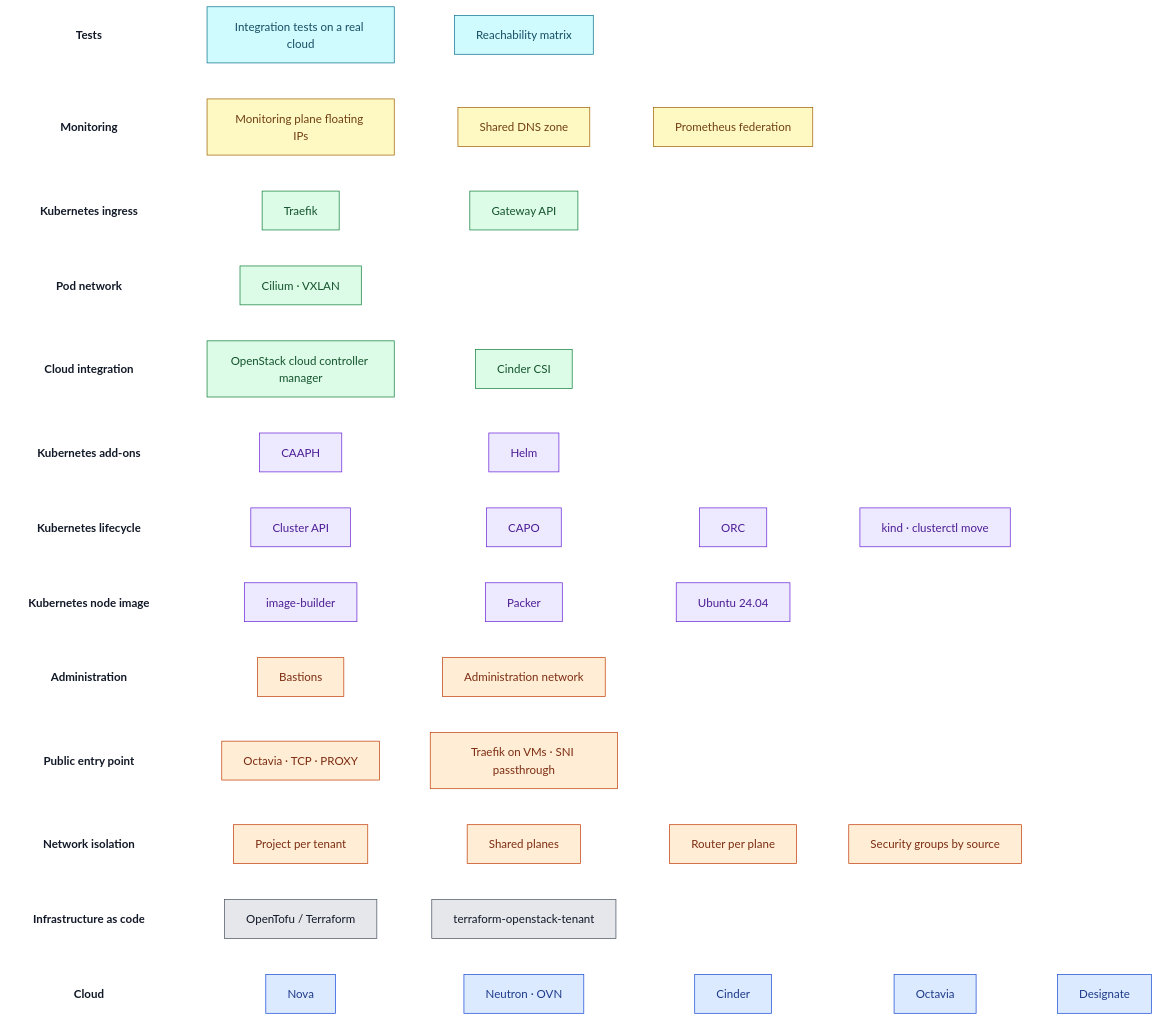
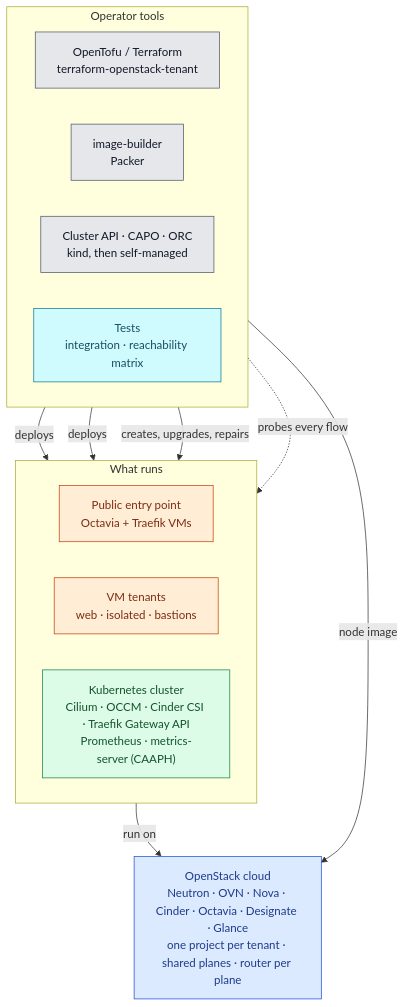
The diagram in docs/landscape.md (CyprisTech/openstack-multitenant-reference), drawn with Mermaid before and after one commit. The commit also changed other lines of this file, not shown here.

Commit message:
Docs: landscape diagram shows who builds what
The per-layer grid repeated the table; the diagram now shows the tools,
what they build and run, and the cloud underneath. The table keeps the
technology of each layer.

````diff
--- a/docs/landscape.md
+++ b/docs/landscape.md
@@ -3,32 +3,34 @@
 ```mermaid
-flowchart LR
-  tT["Tests"] ~~~ t1["Integration tests on a real cloud"] ~~~ t2["Reachability matrix"]
-  tO["Monitoring"] ~~~ o1["Monitoring plane floating IPs"] ~~~ o2["Shared DNS zone"] ~~~ o3["Prometheus federation"]
-  tI["Kubernetes ingress"] ~~~ i1["Traefik"] ~~~ i2["Gateway API"]
-  tN["Pod network"] ~~~ n1["Cilium · VXLAN"]
-  tC["Cloud integration"] ~~~ c1["OpenStack cloud controller manager"] ~~~ c2["Cinder CSI"]
-  tA["Kubernetes add-ons"] ~~~ a1["CAAPH"] ~~~ a2["Helm"]
-  tL["Kubernetes lifecycle"] ~~~ l1["Cluster API"] ~~~ l2["CAPO"] ~~~ l3["ORC"] ~~~ l4["kind · clusterctl move"]
-  tM["Kubernetes node image"] ~~~ m1["image-builder"] ~~~ m2["Packer"] ~~~ m3["Ubuntu 24.04"]
-  tD["Administration"] ~~~ d1["Bastions"] ~~~ d2["Administration network"]
-  tE["Public entry point"] ~~~ e1["Octavia · TCP · PROXY"] ~~~ e2["Traefik on VMs · SNI passthrough"]
-  tW["Network isolation"] ~~~ w1["Project per tenant"] ~~~ w2["Shared planes"] ~~~ w3["Router per plane"] ~~~ w4["Security groups by source"]
-  tX["Infrastructure as code"] ~~~ x1["OpenTofu / Terraform"] ~~~ x2["terraform-openstack-tenant"]
-  tK["Cloud"] ~~~ k1["Nova"] ~~~ k2["Neutron · OVN"] ~~~ k3["Cinder"] ~~~ k4["Octavia"] ~~~ k5["Designate"]
-  classDef layer fill:#ffffff,stroke:#ffffff,color:#111827,font-weight:bold
-  classDef infra fill:#dbeafe,stroke:#1d4ed8,color:#1e3a8a
-  classDef iac fill:#e5e7eb,stroke:#4b5563,color:#111827
-  classDef net fill:#ffedd5,stroke:#c2410c,color:#7c2d12
-  classDef k8s fill:#ede9fe,stroke:#6d28d9,color:#4c1d95
-  classDef runtime fill:#dcfce7,stroke:#15803d,color:#14532d
-  classDef obs fill:#fef9c3,stroke:#a16207,color:#713f12
-  classDef test fill:#cffafe,stroke:#0e7490,color:#164e63
-  class tT,tO,tI,tN,tC,tA,tL,tM,tD,tE,tW,tX,tK layer
-  class k1,k2,k3,k4,k5 infra
-  class x1,x2 iac
-  class w1,w2,w3,w4,e1,e2,d1,d2 net
-  class m1,m2,m3,l1,l2,l3,l4,a1,a2 k8s
-  class c1,c2,n1,i1,i2 runtime
-  class o1,o2,o3 obs
-  class t1,t2 test
+flowchart TB
+    subgraph TOOLS["Operator tools"]
+        direction LR
+        TF["OpenTofu / Terraform<br/>terraform-openstack-tenant"]
+        IB["image-builder<br/>Packer"]
+        CAPI["Cluster API · CAPO · ORC<br/>kind, then self-managed"]
+        TEST["Tests<br/>integration · reachability matrix"]
+    end
+    subgraph RUN["What runs"]
+        direction LR
+        EDGE["Public entry point<br/>Octavia + Traefik VMs"]
+        VMT["VM tenants<br/>web · isolated · bastions"]
+        K8S["Kubernetes cluster<br/>Cilium · OCCM · Cinder CSI · Traefik Gateway API<br/>Prometheus · metrics-server (CAAPH)"]
+    end
+    CLOUD["OpenStack cloud<br/>Neutron · OVN · Nova · Cinder · Octavia · Designate · Glance<br/>one project per tenant · shared planes · router per plane"]
+
+    TF -->|"deploys"| EDGE & VMT
+    CAPI -->|"creates, upgrades, repairs"| K8S
+    TEST -.->|"probes every flow"| RUN
+    IB -->|"node image"| CLOUD
+    RUN -->|"run on"| CLOUD
+
+    classDef tool fill:#e5e7eb,stroke:#4b5563,color:#111827
+    classDef infra fill:#dbeafe,stroke:#1d4ed8,color:#1e3a8a
+    classDef vm fill:#ffedd5,stroke:#c2410c,color:#7c2d12
+    classDef k8s fill:#dcfce7,stroke:#15803d,color:#14532d
+    classDef test fill:#cffafe,stroke:#0e7490,color:#164e63
+    class TF,IB,CAPI tool
+    class CLOUD infra
+    class EDGE,VMT vm
+    class K8S k8s
+    class TEST test
 ```
````
